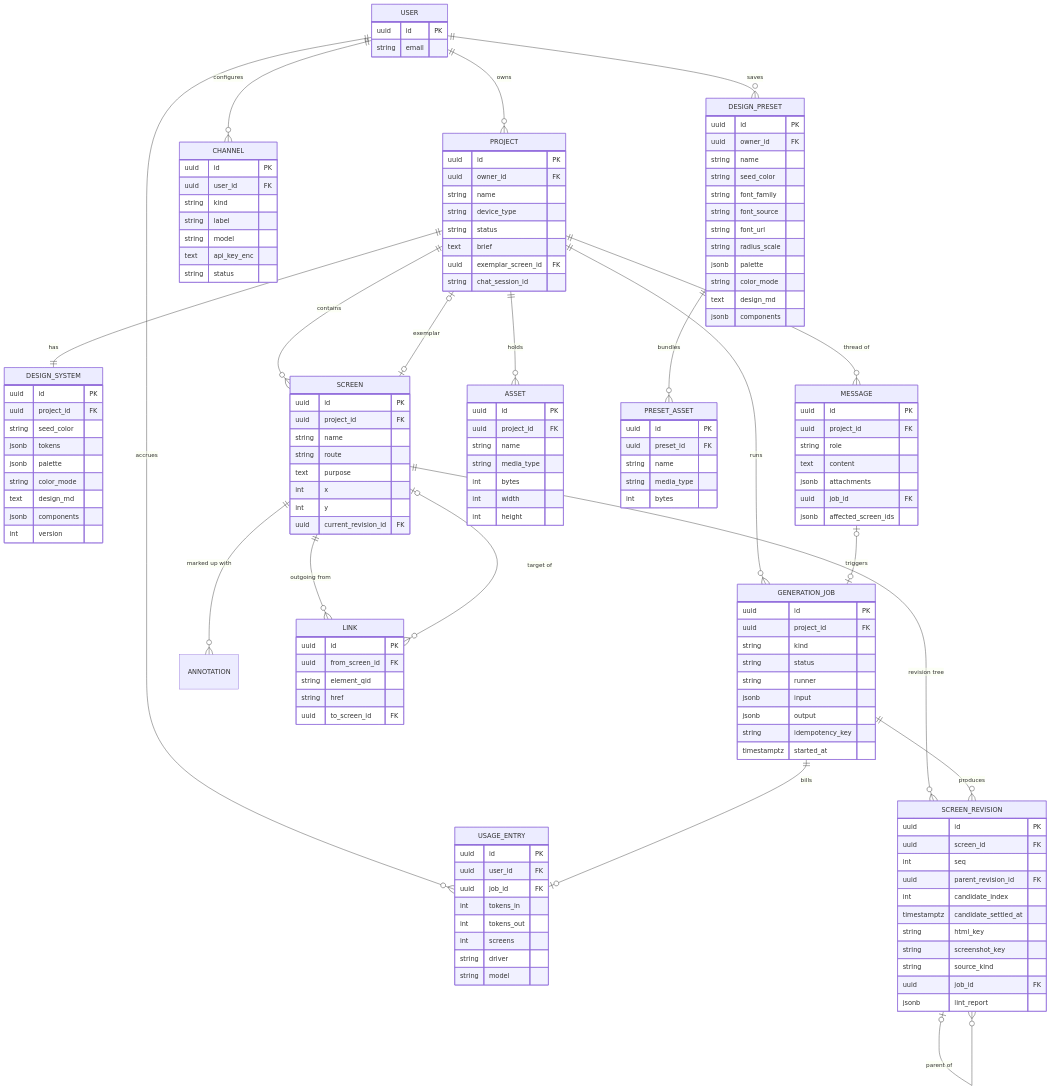
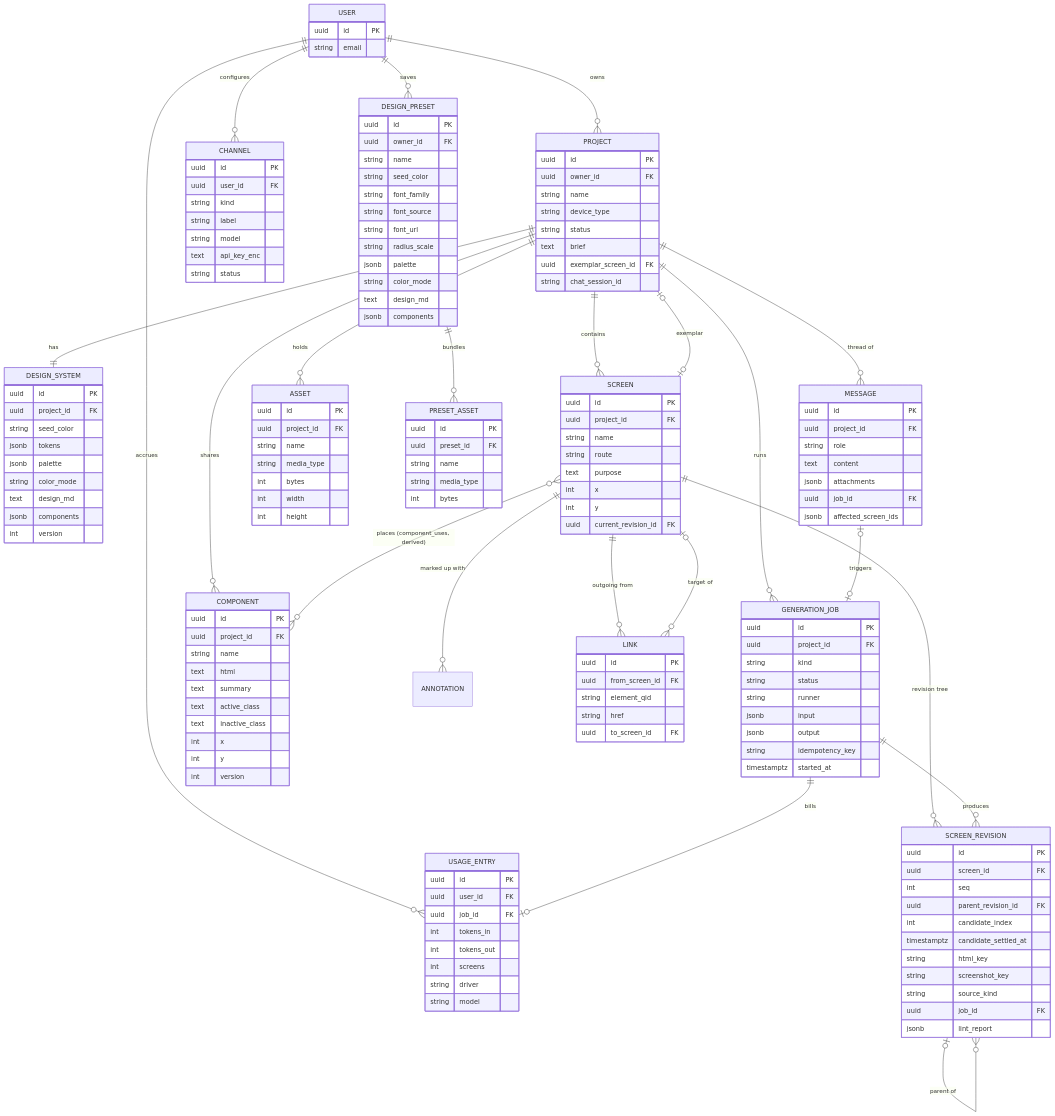
Before and after one commit to Bearisbug/Quilt: the second of 10 diagrams in docs/DESIGN.md, drawn with Mermaid. The commit also changed other lines of this file and 39 other files, not shown here.

```diff
--- a/docs/DESIGN.md
+++ b/docs/DESIGN.md
@@ -213,6 +219,8 @@
   PROJECT ||--o{ MESSAGE : "thread of"
   PROJECT ||--o{ GENERATION_JOB : runs
   PROJECT ||--o{ ASSET : holds
+  PROJECT ||--o{ COMPONENT : shares
+  SCREEN }o--o{ COMPONENT : "places (component_uses, derived)"
   USER ||--o{ DESIGN_PRESET : saves
   DESIGN_PRESET ||--o{ PRESET_ASSET : bundles
   SCREEN ||--o{ SCREEN_REVISION : "revision tree"
@@ -266,6 +274,18 @@
     int bytes
     int width
     int height
+  }
+  COMPONENT {
+    uuid id PK
+    uuid project_id FK
+    string name
+    text html
+    text summary
+    text active_class
+    text inactive_class
+    int x
+    int y
+    int version
   }
   DESIGN_PRESET {
     uuid id PK
```
